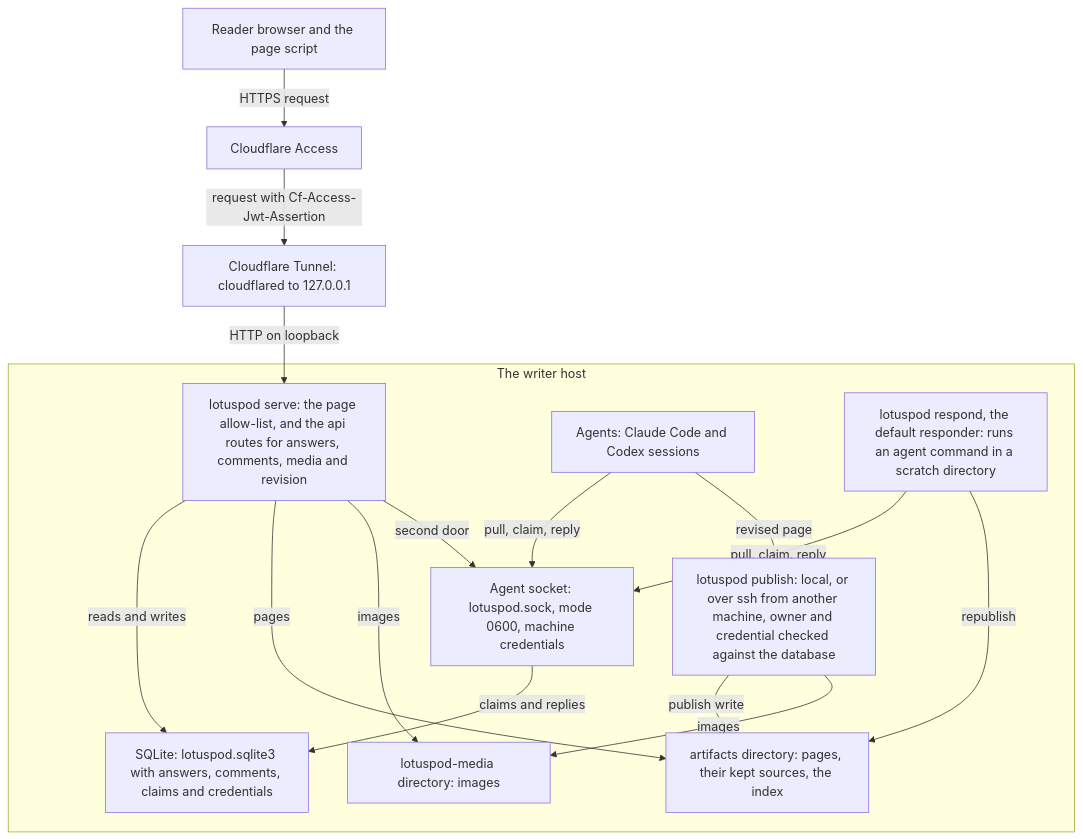
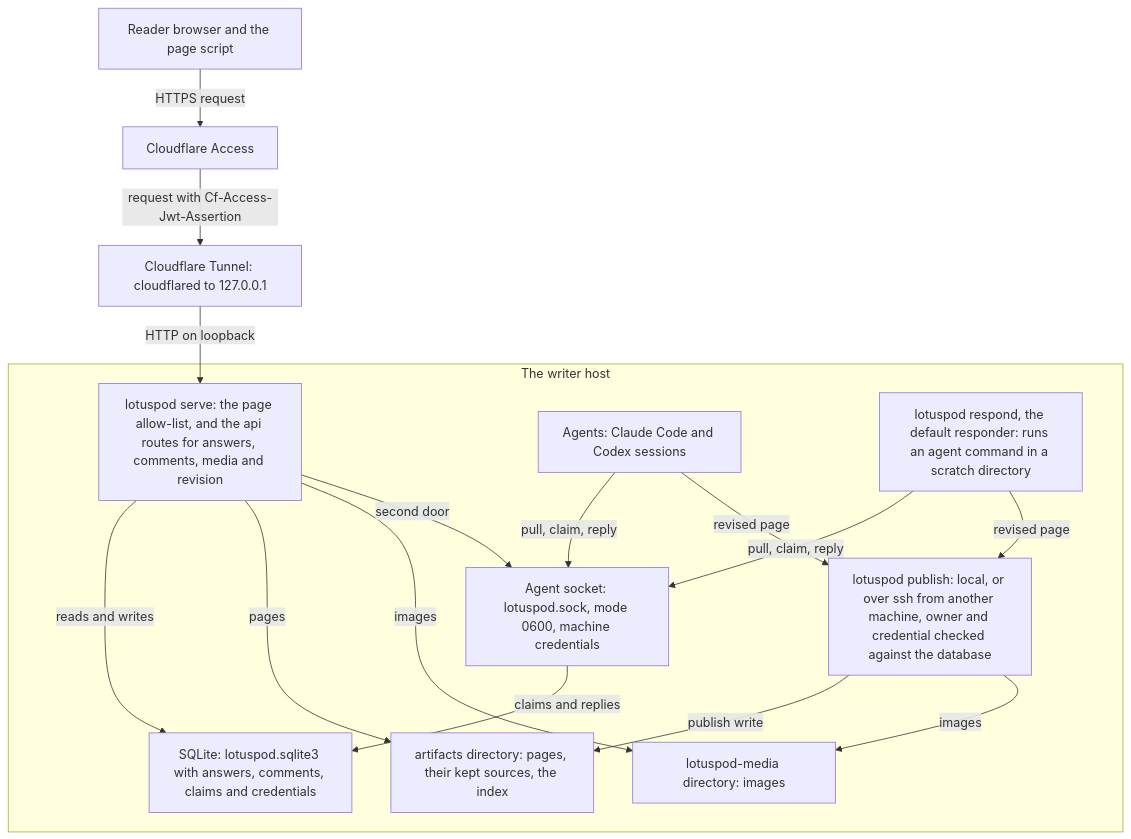
The diagram in docs/architecture.md (wevial/lotuspod), drawn with Mermaid before and after one commit. The commit also changed other lines of this file, not shown here.

Commit message:
LOTUS-63: Address review: polling only while pending or claimed; the responder republishes through publish

````diff
--- a/docs/architecture.md
+++ b/docs/architecture.md
@@ -7,31 +7,31 @@
 ```mermaid
 flowchart TB
   browser[Reader browser and the page script]
   access[Cloudflare Access]
   tunnel[Cloudflare Tunnel: cloudflared to 127.0.0.1]
   subgraph host[The writer host]
     serve[lotuspod serve: the page allow-list, and the api routes for answers, comments, media and revision]
     socket[Agent socket: lotuspod.sock, mode 0600, machine credentials]
     agents[Agents: Claude Code and Codex sessions]
     responder[lotuspod respond, the default responder: runs an agent command in a scratch directory]
     publish[lotuspod publish: local, or over ssh from another machine, owner and credential checked against the database]
     sqlite[SQLite: lotuspod.sqlite3 with answers, comments, claims and credentials]
     artifacts[artifacts directory: pages, their kept sources, the index]
     media[lotuspod-media directory: images]
   end
 
   browser -->|HTTPS request| access
   access -->|request with Cf-Access-Jwt-Assertion| tunnel
   tunnel -->|HTTP on loopback| serve
   serve -->|reads and writes| sqlite
   serve -->|pages| artifacts
   serve -->|images| media
   serve -->|second door| socket
   agents -->|pull, claim, reply| socket
   responder -->|pull, claim, reply| socket
   socket -->|claims and replies| sqlite
   agents -->|revised page| publish
-  responder -->|republish| artifacts
+  responder -->|revised page| publish
   publish -->|publish write| artifacts
   publish -->|images| media
 ```
````
